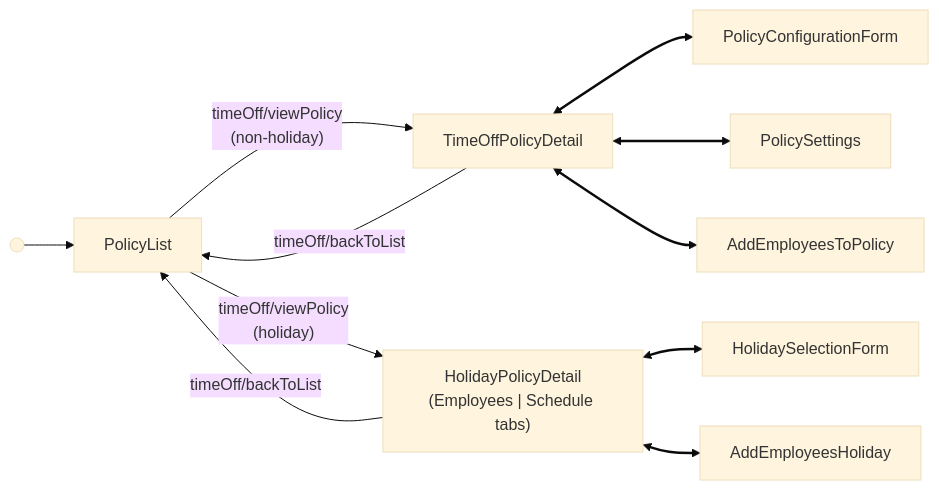
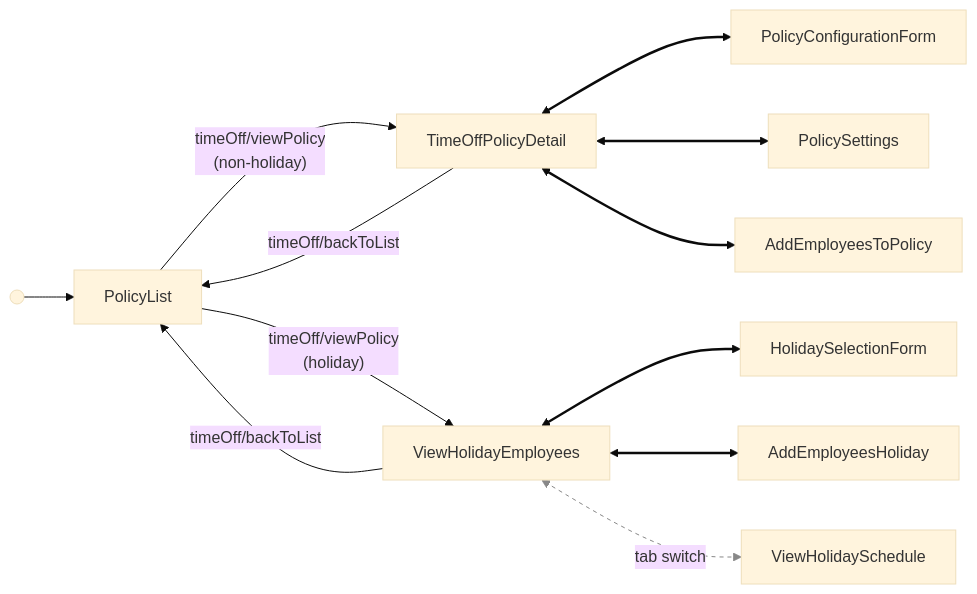
The second of 2 diagrams in docs/reference/time-off/time-off-flow.md (Gusto/embedded-react-sdk), drawn with Mermaid (base theme) before and after one commit. The commit also changed other lines of this file and 1 other file, not shown here.

Commit message:
docs(SDK-1071): show Time Off tab switch as a distinct dashed edge
Restore the two holiday-detail nodes (ViewHolidayEmployees, ViewHolidaySchedule)
from the original diagram, but style the edge between them as a dashed,
"tab switch"-labeled link so it reads as switching tabs within one view rather
than navigating to a separate destination. The solid bold edges remain the real
sub-form transitions.

````diff
--- a/docs/reference/time-off/time-off-flow.md
+++ b/docs/reference/time-off/time-off-flow.md
@@ -131,14 +133,16 @@
 ```mermaid
 flowchart LR
   start@{ shape: sm-circ } --> PolicyList["PolicyList"]
   PolicyList -->|"timeOff/viewPolicy<br/>(non-holiday)"| TimeOffPolicyDetail["TimeOffPolicyDetail"]
   TimeOffPolicyDetail <--> PolicyConfigurationForm["PolicyConfigurationForm"]
   TimeOffPolicyDetail <--> PolicySettings["PolicySettings"]
   TimeOffPolicyDetail <--> AddEmployeesToPolicy["AddEmployeesToPolicy"]
   TimeOffPolicyDetail -->|"timeOff/backToList"| PolicyList
-  PolicyList -->|"timeOff/viewPolicy<br/>(holiday)"| HolidayPolicyDetail["HolidayPolicyDetail<br/>(Employees | Schedule tabs)"]
-  HolidayPolicyDetail <--> HolidaySelectionForm["HolidaySelectionForm"]
-  HolidayPolicyDetail <--> AddEmployeesHoliday["AddEmployeesHoliday"]
-  HolidayPolicyDetail -->|"timeOff/backToList"| PolicyList
+  PolicyList -->|"timeOff/viewPolicy<br/>(holiday)"| ViewHolidayEmployees["ViewHolidayEmployees"]
+  ViewHolidayEmployees <--> HolidaySelectionForm["HolidaySelectionForm"]
+  ViewHolidayEmployees <--> AddEmployeesHoliday["AddEmployeesHoliday"]
+  ViewHolidayEmployees <-->|"tab switch"| ViewHolidaySchedule["ViewHolidaySchedule"]
+  ViewHolidayEmployees -->|"timeOff/backToList"| PolicyList
   linkStyle 2,3,4,7,8 stroke-width:2.5px
+  linkStyle 9 stroke:#888,stroke-dasharray:4 4
 ```
````
